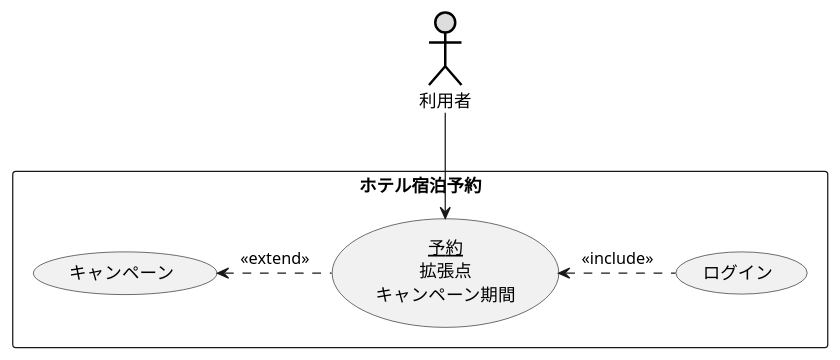
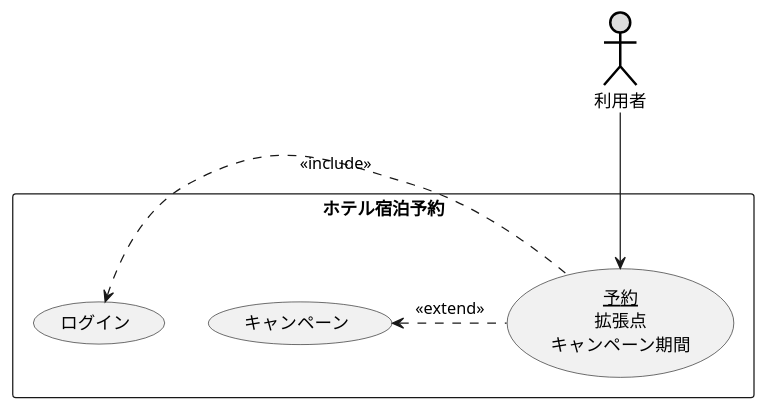
One commit to Skypeace8585/uml-introduction changed the diagram in 演習2-4_キャンペーン中のホテルの予約.pu. Above: the diagram before and after it, drawn with PlantUML.

```diff
--- a/演習2-4_キャンペーン中のホテルの予約.pu
+++ b/演習2-4_キャンペーン中のホテルの予約.pu
@@ -1,11 +1,11 @@
 @startuml
 actor 利用者 #DDDDDD;line:black;line.bold;
 rectangle ホテル宿泊予約{
     usecase ログイン
     usecase キャンペーン
     usecase (<u>予約</u>\n拡張点\nキャンペーン期間) as input
 }
   利用者-->input
   キャンペーン <. input : << extend >>
-input <. ログイン : << include >>
+ ログイン <. input : << include >>
 @enduml
```
